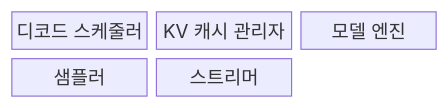
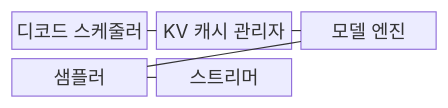
Before and after one commit to agnusdei1207/knowledge-base: the first of 2 diagrams in src/content/docs/notes/08-latest-tech/047_tpot.md, drawn with Mermaid. The commit also changed other lines of this file and 228 other files, not shown here.

````diff
--- a/src/content/docs/notes/08-latest-tech/047_tpot.md
+++ b/src/content/docs/notes/08-latest-tech/047_tpot.md
@@ -51,9 +51,13 @@
 ```mermaid
 block-beta
     columns 3
     S["디코드 스케줄러"]
     K["KV 캐시 관리자"]
     E["모델 엔진"]
     P["샘플러"]
     T["스트리머"]
+    S --- K
+    K --- E
+    E --- P
+    P --- T
 ```
````
